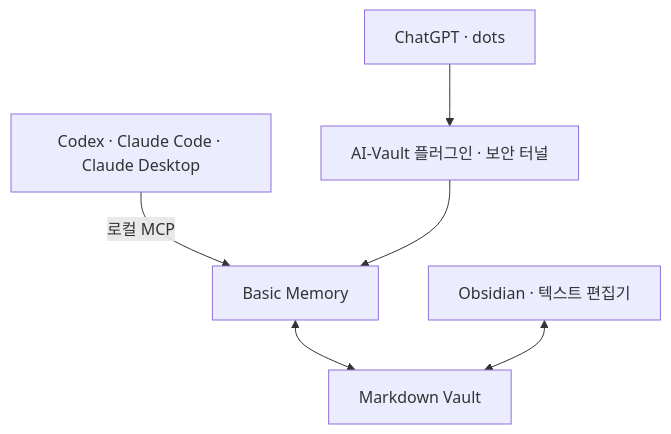
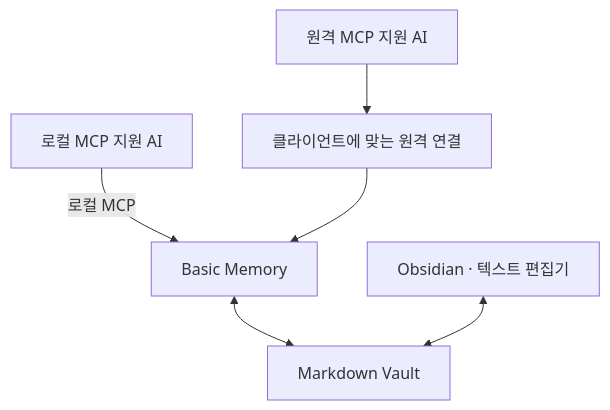
One commit to UiHyeon-Kim/ai-context-vault changed the diagram in README.md. Above: the diagram before and after it, drawn with Mermaid. The commit also changed other lines of this file and 8 other files, not shown here.

````diff
--- a/README.md
+++ b/README.md
@@ -115,8 +121,8 @@
 ```mermaid
 flowchart TB
-    local["Codex · Claude Code · Claude Desktop"] -->|로컬 MCP| memory["Basic Memory"]
-    remote["ChatGPT · dots"] --> tunnel["AI-Vault 플러그인 · 보안 터널"]
+    local["로컬 MCP 지원 AI"] -->|로컬 MCP| memory["Basic Memory"]
+    remote["원격 MCP 지원 AI"] --> tunnel["클라이언트에 맞는 원격 연결"]
     tunnel --> memory
     memory <--> vault["Markdown Vault"]
     obsidian["Obsidian · 텍스트 편집기"] <--> vault
 ```
````
